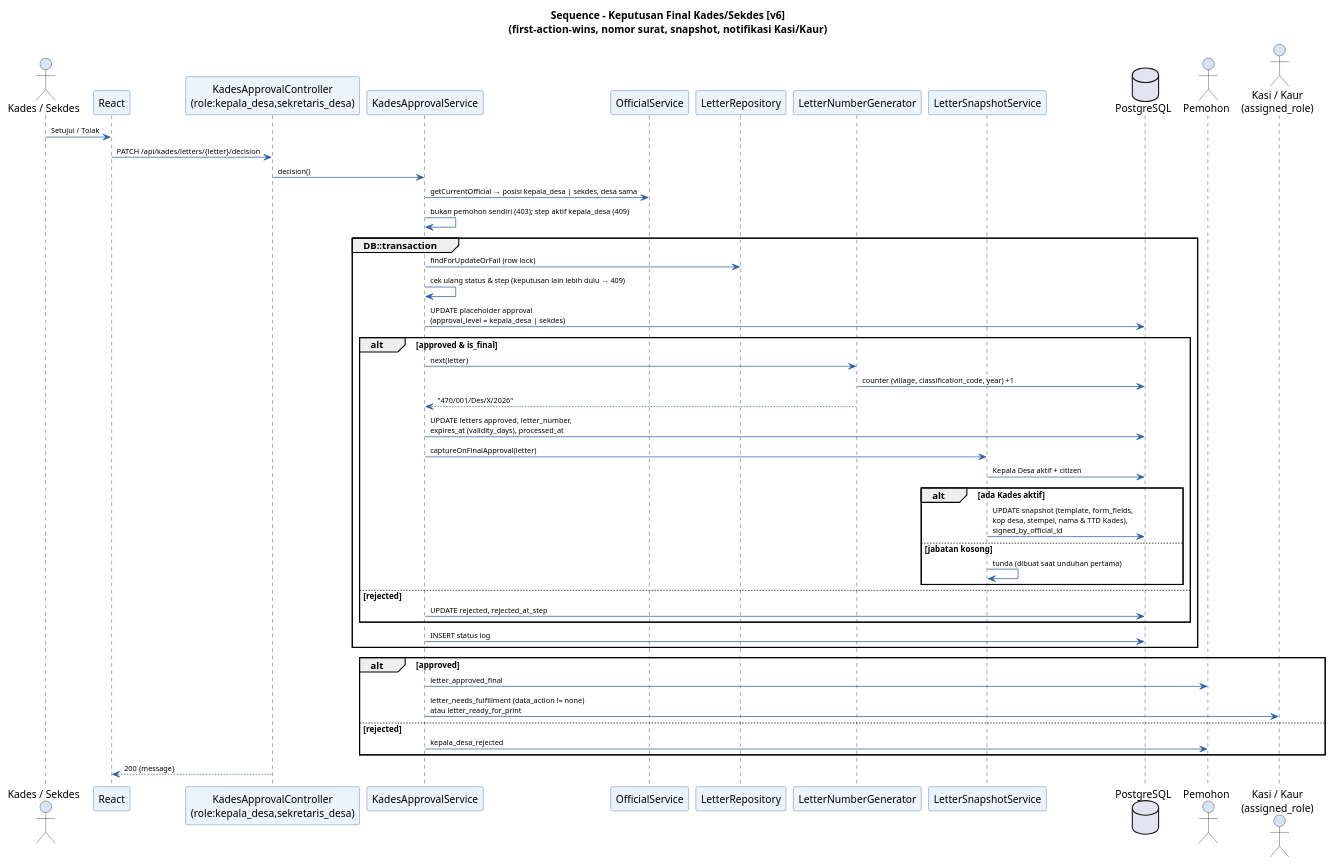
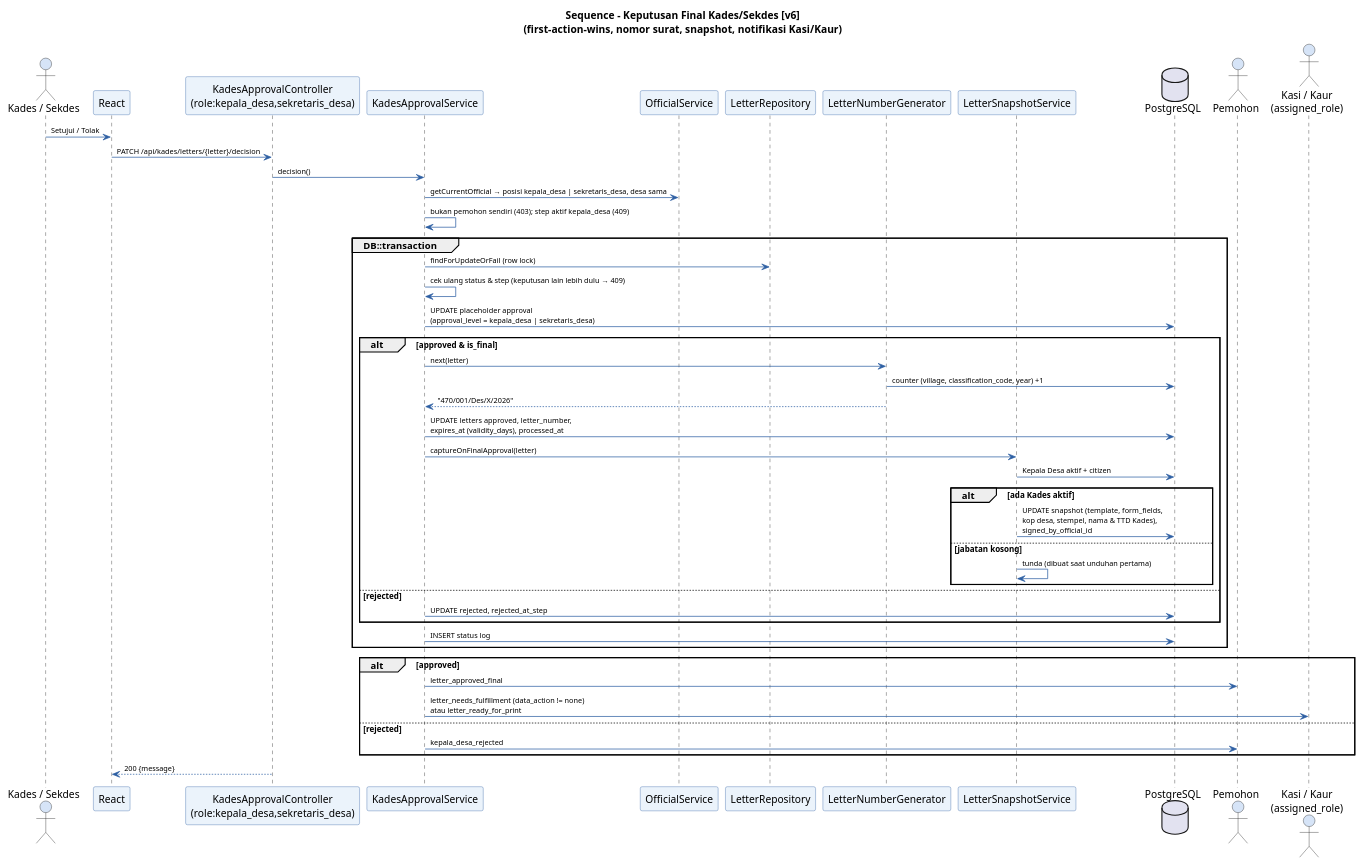
Before and after one commit to Vextronode/sid-app: the diagram in docs/diagram/code/sequence/05_Sequence_KadesFinalApproval_v6.puml, drawn with PlantUML. The commit also changed 69 other files, not shown here.

```diff
--- a/docs/diagram/code/sequence/05_Sequence_KadesFinalApproval_v6.puml
+++ b/docs/diagram/code/sequence/05_Sequence_KadesFinalApproval_v6.puml
@@ -9,61 +9,61 @@
 @startuml Sequence_KadesFinal_v6
 skinparam backgroundColor #FFFFFF
 skinparam sequence {
   ParticipantBackgroundColor #EBF3FB
   ParticipantBorderColor #2E5FA3
   ActorBackgroundColor #D6E4F7
   ArrowColor #2E5FA3
   ArrowFontSize 10
   NoteBackgroundColor #FFF9C4
   NoteBorderColor #F9A825
 }
 title Sequence - Keputusan Final Kades/Sekdes [v6]\n(first-action-wins, nomor surat, snapshot, notifikasi Kasi/Kaur)
 
 actor "Kades / Sekdes" as KD
 participant "React" as FE
 participant "KadesApprovalController\n(role:kepala_desa,sekretaris_desa)" as CTRL
 participant "KadesApprovalService" as SVC
 participant "OfficialService" as OFF
 participant "LetterRepository" as REPO
 participant "LetterNumberGenerator" as NUM
 participant "LetterSnapshotService" as SNAP
 database "PostgreSQL" as DB
 actor "Pemohon" as P
 actor "Kasi / Kaur\n(assigned_role)" as KK
 
 KD -> FE : Setujui / Tolak
 FE -> CTRL : PATCH /api/kades/letters/{letter}/decision
 CTRL -> SVC : decision()
-SVC -> OFF : getCurrentOfficial → posisi kepala_desa | sekdes, desa sama
+SVC -> OFF : getCurrentOfficial → posisi kepala_desa | sekretaris_desa, desa sama
 SVC -> SVC : bukan pemohon sendiri (403); step aktif kepala_desa (409)
 
 group DB::transaction
   SVC -> REPO : findForUpdateOrFail (row lock)
   SVC -> SVC : cek ulang status & step (keputusan lain lebih dulu → 409)
-  SVC -> DB : UPDATE placeholder approval\n(approval_level = kepala_desa | sekdes)
+  SVC -> DB : UPDATE placeholder approval\n(approval_level = kepala_desa | sekretaris_desa)
   alt approved & is_final
     SVC -> NUM : next(letter)
     NUM -> DB : counter (village, classification_code, year) +1
     NUM --> SVC : "470/001/Des/X/2026"
     SVC -> DB : UPDATE letters approved, letter_number,\nexpires_at (validity_days), processed_at
     SVC -> SNAP : captureOnFinalApproval(letter)
     SNAP -> DB : Kepala Desa aktif + citizen
     alt ada Kades aktif
       SNAP -> DB : UPDATE snapshot (template, form_fields,\nkop desa, stempel, nama & TTD Kades),\nsigned_by_official_id
     else jabatan kosong
       SNAP -> SNAP : tunda (dibuat saat unduhan pertama)
     end
   else rejected
     SVC -> DB : UPDATE rejected, rejected_at_step
   end
   SVC -> DB : INSERT status log
 end
 
 alt approved
   SVC -> P : letter_approved_final
   SVC -> KK : letter_needs_fulfillment (data_action != none)\natau letter_ready_for_print
 else rejected
   SVC -> P : kepala_desa_rejected
 end
 CTRL --> FE : 200 {message}
 @enduml
```
